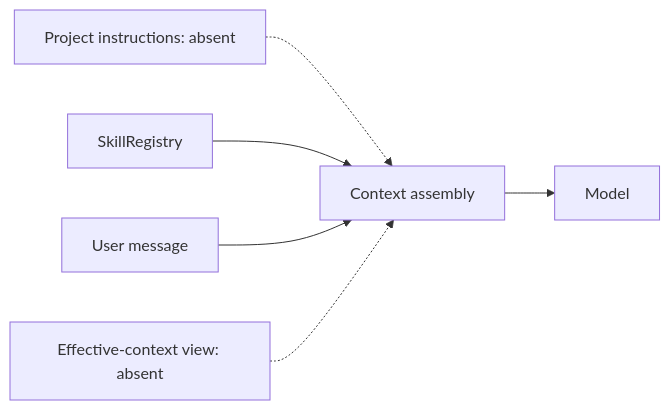
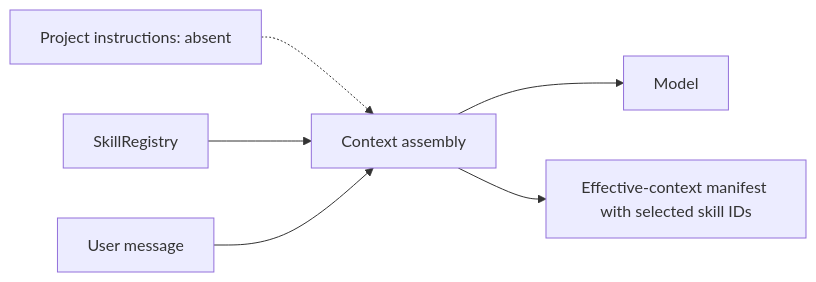
One commit to levalencia/archon changed the first of 2 diagrams in docs/course/concepts/skills-project-instructions.md. Above: the diagram before and after it, drawn with Mermaid. The commit also changed other lines of this file and 20 other files, not shown here.

````diff
--- a/docs/course/concepts/skills-project-instructions.md
+++ b/docs/course/concepts/skills-project-instructions.md
@@ -19,8 +19,8 @@
 ```mermaid
 flowchart LR
     Project[Project instructions: absent] -.-> Resolver
     Skills[SkillRegistry] --> Resolver[Context assembly]
     User[User message] --> Resolver
     Resolver --> Model
-    Provenance[Effective-context view: absent] -.-> Resolver
+    Resolver --> Provenance[Effective-context manifest with selected skill IDs]
 ```
````
